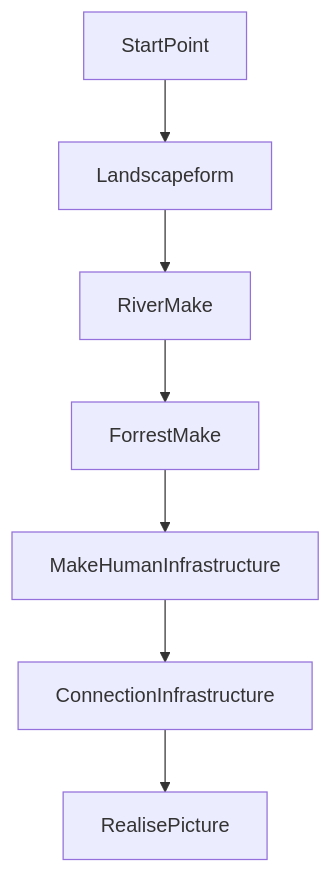
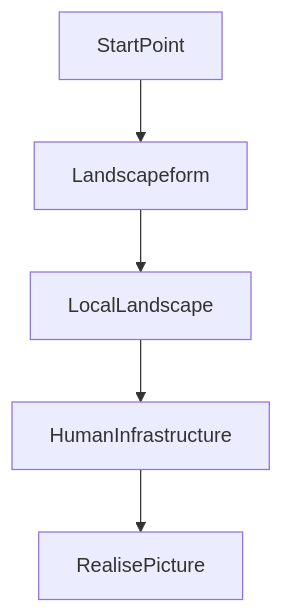
One commit to mrCorat/MapMaker changed the diagram in README.md. Above: the diagram before and after it, drawn with Mermaid. The commit also changed other lines of this file, not shown here.

Commit message:
made overwiew

````diff
--- a/README.md
+++ b/README.md
@@ -5,9 +5,7 @@
 ```mermaid
 graph TD;   
     StartPoint-->Landscapeform;
-    Landscapeform-->RiverMake;
-    RiverMake-->ForrestMake;
-    ForrestMake-->MakeHumanInfrastructure;
-    MakeHumanInfrastructure-->ConnectionInfrastructure;
-    ConnectionInfrastructure-->RealisePicture;
+    Landscapeform-->LocalLandscape;
+    LocalLandscape-->HumanInfrastructure;
+    HumanInfrastructure-->RealisePicture;
 ```
````
